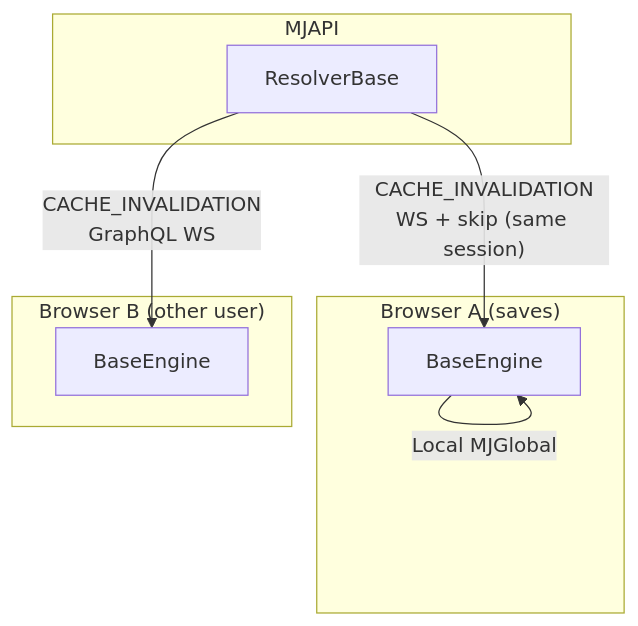
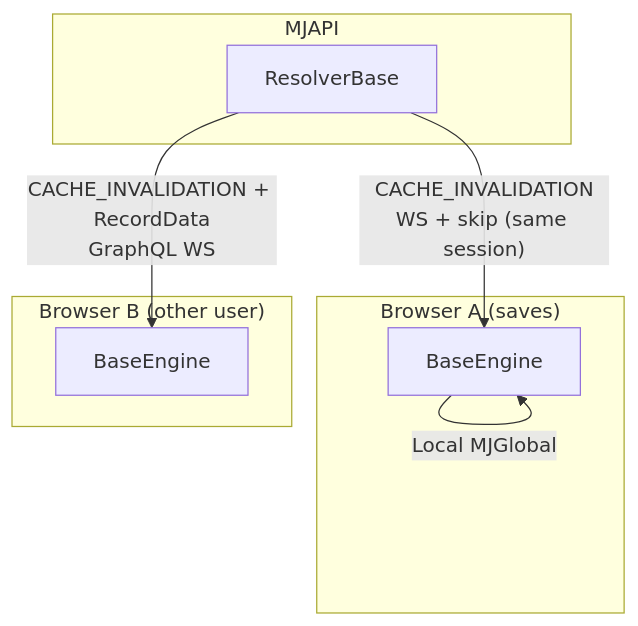
Before and after one commit to MemberJunction/MJ: diagram 13 of 15 in guides/CACHING_AND_PUBSUB_GUIDE.md, drawn with Mermaid. The commit also changed other lines of this file, not shown here.

First line of the commit message:
Update caching guide with RecordData payload, CompositeKey, and Redis vs no-Redis docs

````diff
--- a/guides/CACHING_AND_PUBSUB_GUIDE.md
+++ b/guides/CACHING_AND_PUBSUB_GUIDE.md
@@ -1000,16 +1141,16 @@
 ```mermaid
 graph TD
     subgraph "Browser A (saves)"
         BA_Engine[BaseEngine] -->|Local MJGlobal| BA_Engine
     end
 
     subgraph "Browser B (other user)"
         BB_Engine[BaseEngine]
     end
 
     subgraph "MJAPI"
         Server[ResolverBase]
-        Server -->|"CACHE_INVALIDATION<br/>GraphQL WS"| BB_Engine
+        Server -->|"CACHE_INVALIDATION + RecordData<br/>GraphQL WS"| BB_Engine
         Server -->|"CACHE_INVALIDATION<br/>WS + skip (same session)"| BA_Engine
     end
 ```
````
